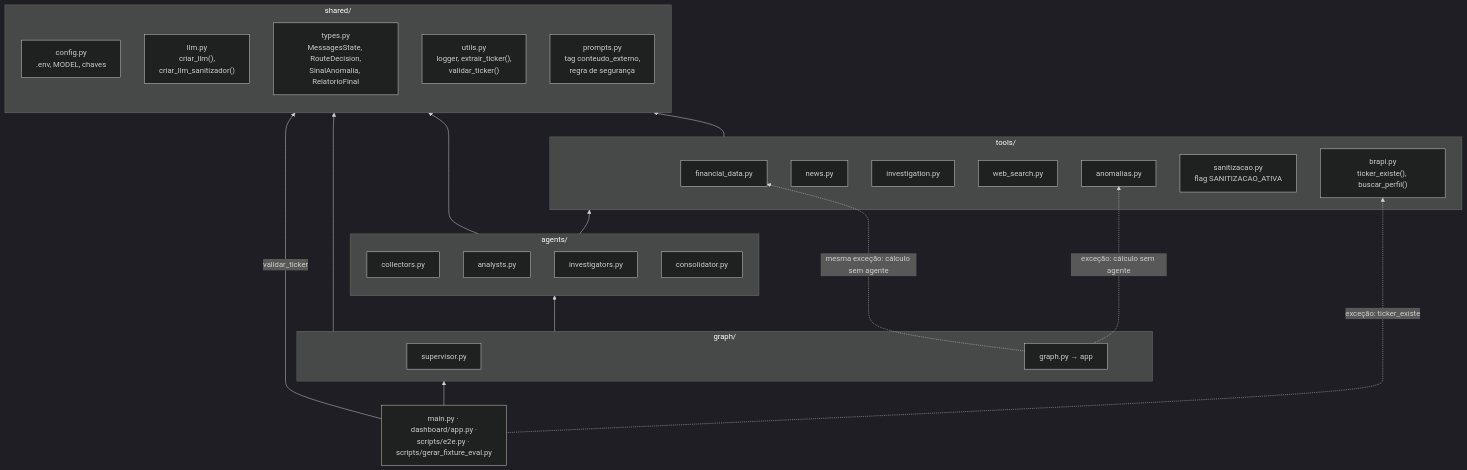
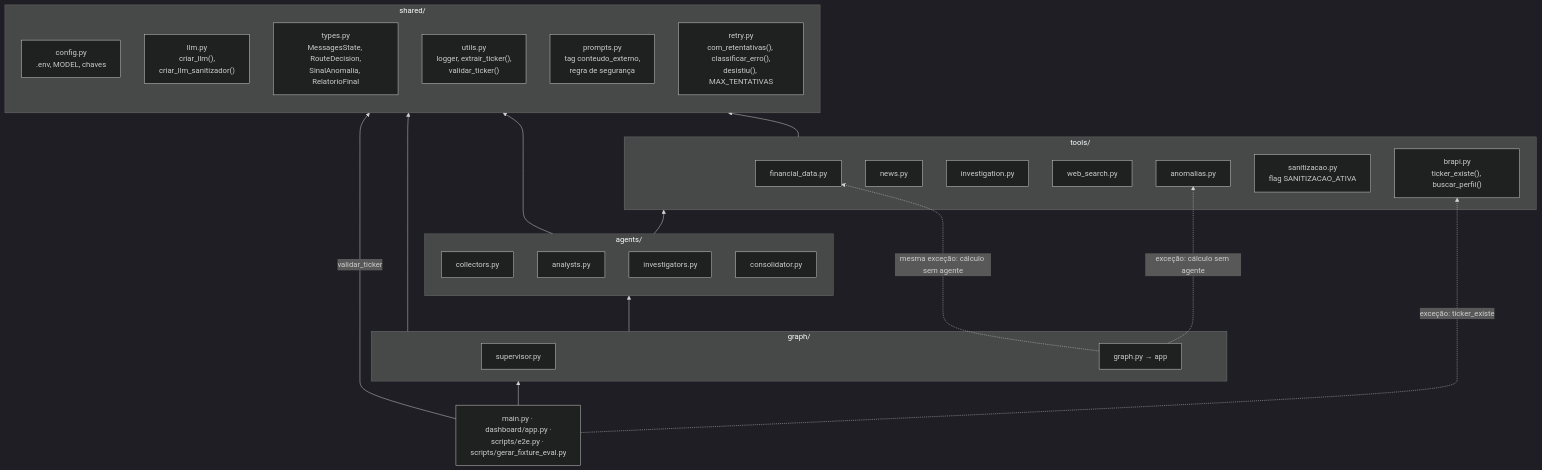
The fourth of 7 diagrams in docs/arquitetura.md (igorc22/pipeline-inteligencia-financeira-b3), drawn with Mermaid (dark theme) before and after one commit. The commit also changed other lines of this file and 1 other file, not shown here.

Commit message:
docs: retry em camadas no diário, na arquitetura e nos docs

````diff
--- a/docs/arquitetura.md
+++ b/docs/arquitetura.md
@@ -151,45 +161,46 @@
 ```mermaid
 flowchart BT
     subgraph C_SHARED["shared/"]
         CFG["config.py<br/>.env, MODEL, chaves"]
         LLMF["llm.py<br/>criar_llm(),<br/>criar_llm_sanitizador()"]
         TYP["types.py<br/>MessagesState, RouteDecision,<br/>SinalAnomalia, RelatorioFinal"]
         UTL["utils.py<br/>logger, extrair_ticker(),<br/>validar_ticker()"]
         PRM["prompts.py<br/>tag conteudo_externo,<br/>regra de segurança"]
+        RTY["retry.py<br/>com_retentativas(), classificar_erro(),<br/>desistiu(), MAX_TENTATIVAS"]
     end
 
     subgraph C_TOOLS["tools/"]
         FD["financial_data.py"]
         NW["news.py"]
         INVT["investigation.py"]
         WS["web_search.py"]
         ANO["anomalias.py"]
         SAN["sanitizacao.py<br/>flag SANITIZACAO_ATIVA"]
         BRP["brapi.py<br/>ticker_existe(), buscar_perfil()"]
     end
 
     subgraph C_AGENTS["agents/"]
         COL["collectors.py"]
         ANL["analysts.py"]
         INVA["investigators.py"]
         CONS["consolidator.py"]
     end
 
     subgraph C_GRAPH["graph/"]
         SUP["supervisor.py"]
         GR["graph.py → app"]
     end
 
     ENTRY["main.py · dashboard/app.py ·<br/>scripts/e2e.py · scripts/gerar_fixture_eval.py"]
 
     C_TOOLS --> C_SHARED
     C_AGENTS --> C_TOOLS
     C_AGENTS --> C_SHARED
     C_GRAPH --> C_AGENTS
     C_GRAPH --> C_SHARED
     GR -.->|"exceção: cálculo sem agente"| ANO
     GR -.->|"mesma exceção: cálculo sem agente"| FD
     ENTRY --> C_GRAPH
     ENTRY -->|"validar_ticker"| C_SHARED
     ENTRY -.->|"exceção: ticker_existe"| BRP
 ```
````
